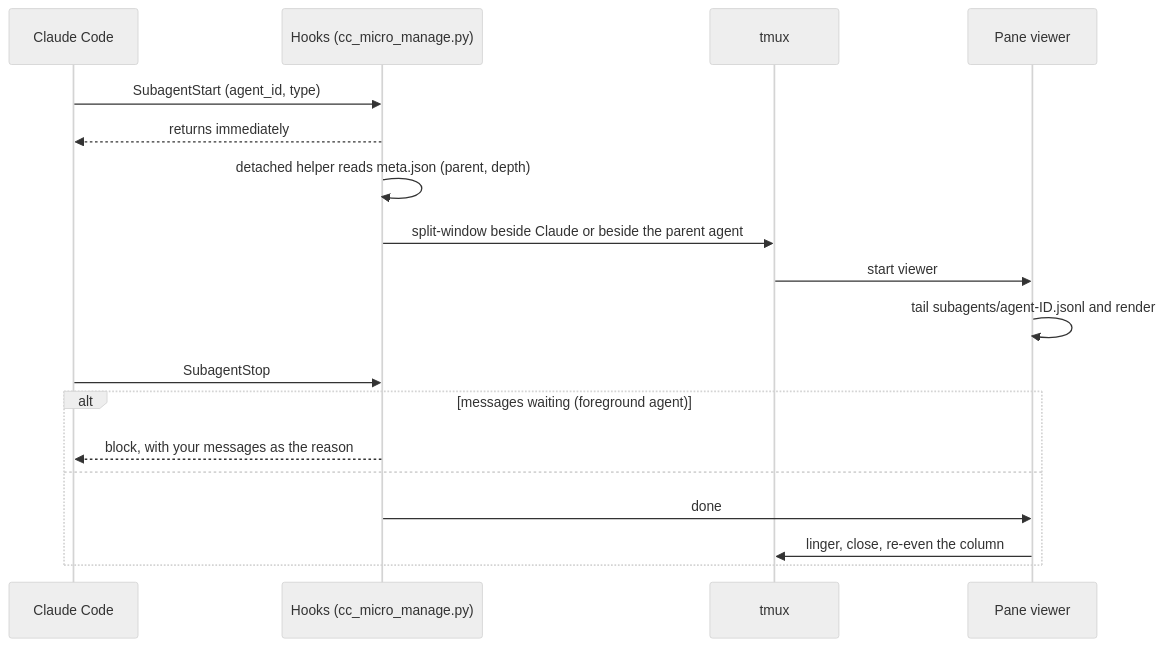
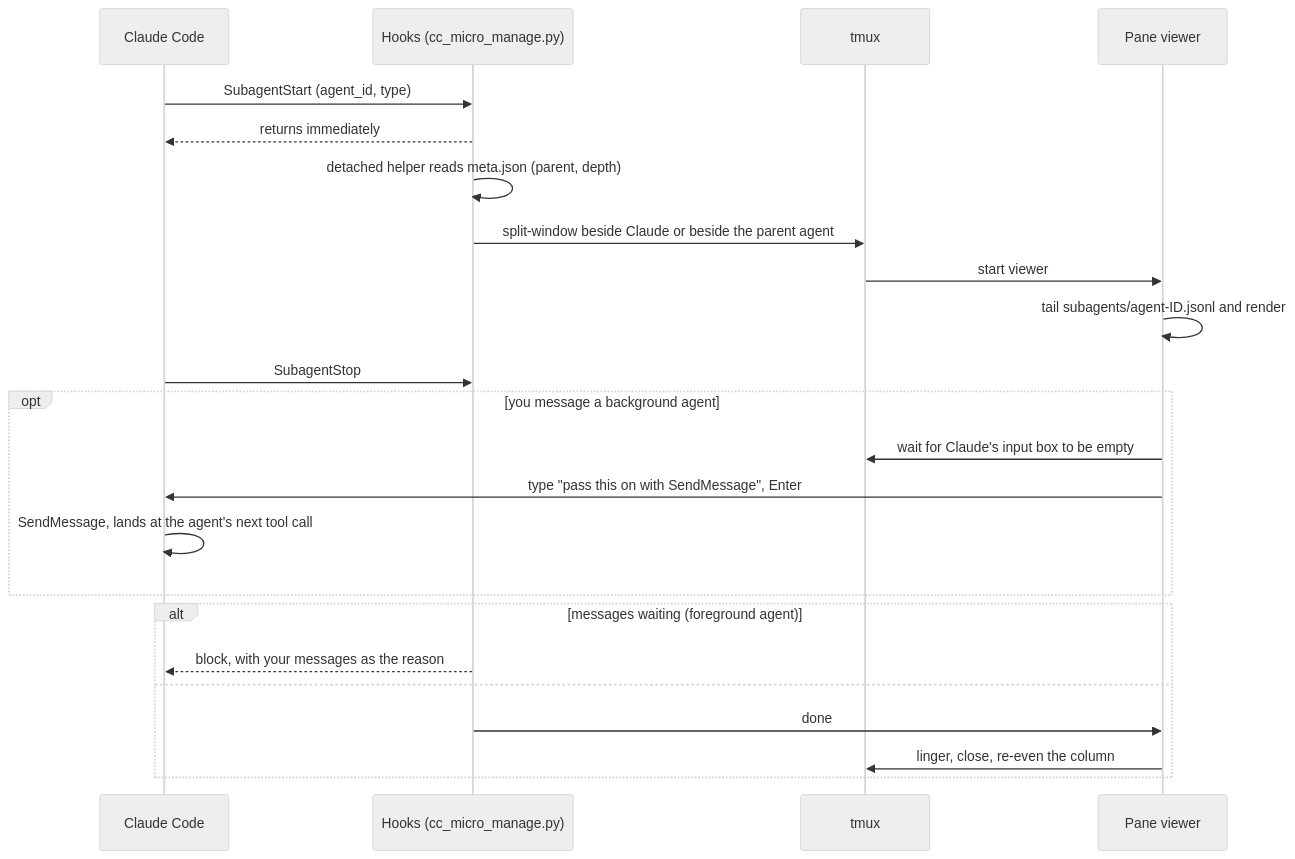
One commit to debanjan97/cc-micro-manage changed the diagram in README.md. Above: the diagram before and after it, drawn with Mermaid (neutral theme). The commit also changed other lines of this file and 5 other files, not shown here.

First line of the commit message:
Relay messages to background subagents through main Claude (v0.5.0)

````diff
--- a/README.md
+++ b/README.md
@@ -140,20 +152,25 @@
 ```mermaid
 sequenceDiagram
     participant C as Claude Code
     participant H as Hooks (cc_micro_manage.py)
     participant T as tmux
     participant V as Pane viewer
     C->>H: SubagentStart (agent_id, type)
     H-->>C: returns immediately
     H->>H: detached helper reads meta.json (parent, depth)
     H->>T: split-window beside Claude or beside the parent agent
     T->>V: start viewer
     V->>V: tail subagents/agent-ID.jsonl and render
     C->>H: SubagentStop
+    opt you message a background agent
+        V->>T: wait for Claude's input box to be empty
+        V->>C: type "pass this on with SendMessage", Enter
+        C->>C: SendMessage, lands at the agent's next tool call
+    end
     alt messages waiting (foreground agent)
         H-->>C: block, with your messages as the reason
     else
         H->>V: done
         V->>T: linger, close, re-even the column
     end
 ```
````
